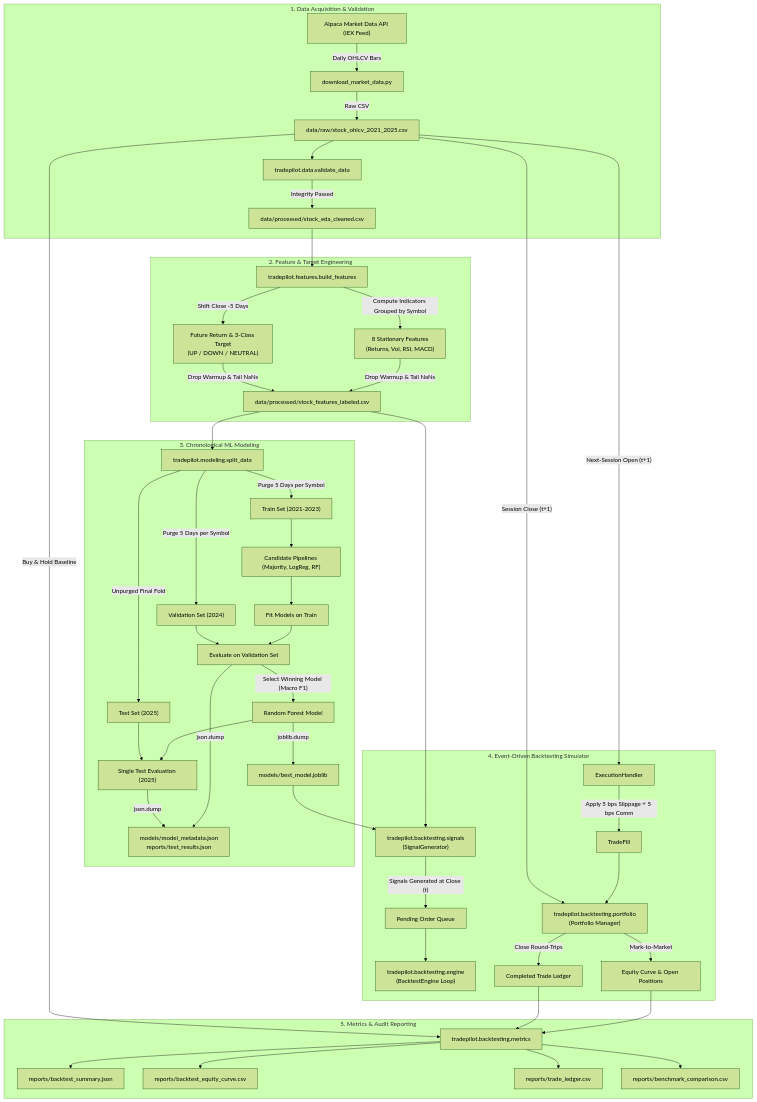
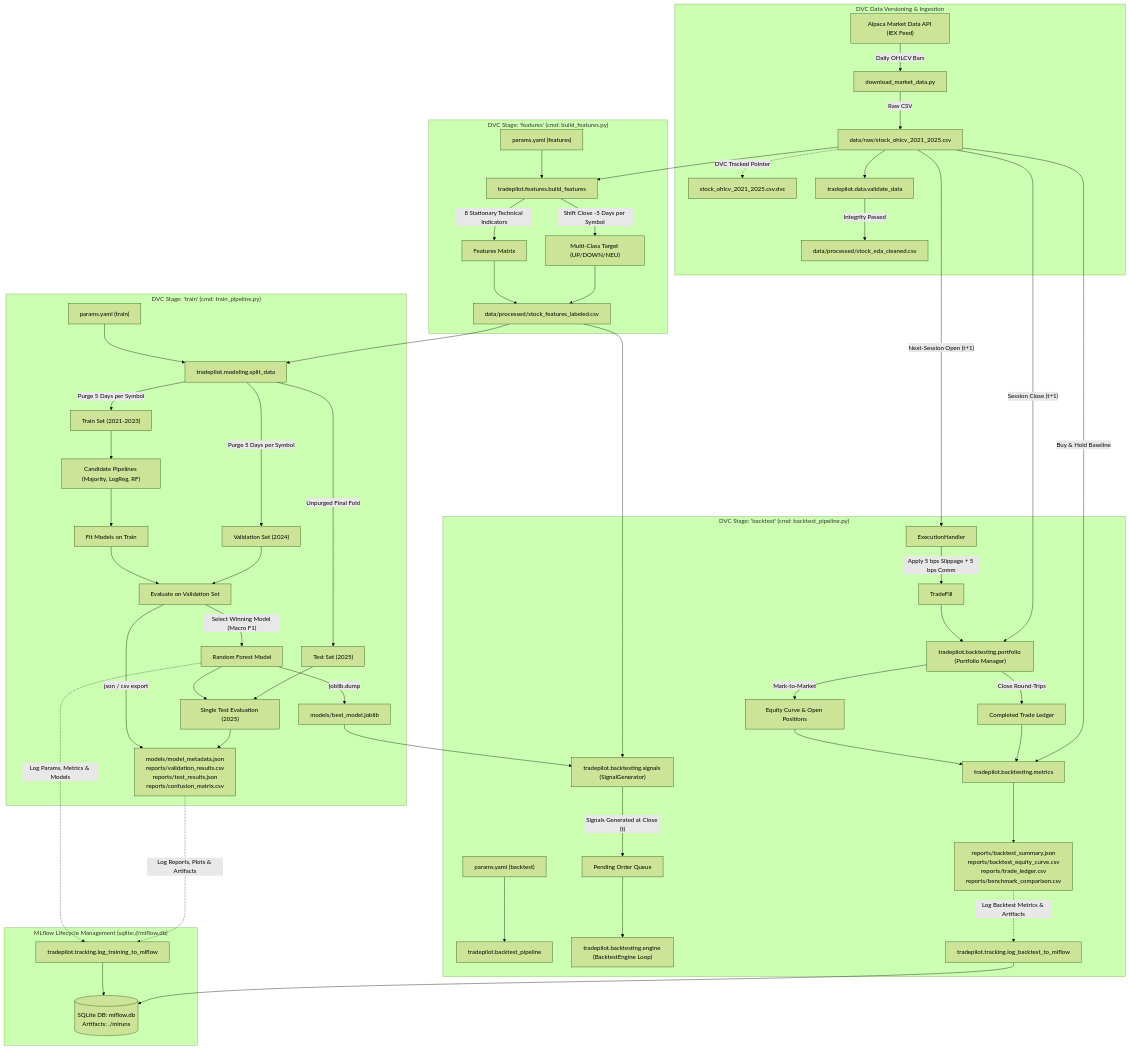
The diagram in docs/TradePilot_Technical_Documentation.md (LakshyaKSingh/NiveshAI), drawn with Mermaid (forest theme) before and after one commit. The commit also changed other lines of this file and 30 other files, not shown here.

````diff
--- a/docs/TradePilot_Technical_Documentation.md
+++ b/docs/TradePilot_Technical_Documentation.md
@@ -272,60 +292,67 @@
 ```mermaid
 flowchart TD
-    subgraph INGESTION ["1. Data Acquisition & Validation"]
+    subgraph DVC_DATA ["DVC Data Versioning & Ingestion"]
         A1["Alpaca Market Data API (IEX Feed)"] -->|"Daily OHLCV Bars"| A2["download_market_data.py"]
         A2 -->|"Raw CSV"| A3["data/raw/stock_ohlcv_2021_2025.csv"]
+        A3 -.->|"DVC Tracked Pointer"| A4["stock_ohlcv_2021_2025.csv.dvc"]
         A3 --> B1["tradepilot.data.validate_data"]
         B1 -->|"Integrity Passed"| B2["data/processed/stock_eda_cleaned.csv"]
     end
 
-    subgraph FEATURES ["2. Feature & Target Engineering"]
-        B2 --> C1["tradepilot.features.build_features"]
-        C1 -->|"Compute Indicators Grouped by Symbol"| C2["8 Stationary Features<br/>(Returns, Vol, RSI, MACD)"]
-        C1 -->|"Shift Close -5 Days"| C3["Future Return & 3-Class Target<br/>(UP / DOWN / NEUTRAL)"]
-        C2 -->|"Drop Warmup & Tail NaNs"| C4["data/processed/stock_features_labeled.csv"]
-        C3 -->|"Drop Warmup & Tail NaNs"| C4
+    subgraph DVC_STAGE_1 ["DVC Stage: 'features' (cmd: build_features.py)"]
+        P1["params.yaml (features)"] --> C1["tradepilot.features.build_features"]
+        A3 --> C1
+        C1 -->|"8 Stationary Technical Indicators"| C2["Features Matrix"]
+        C1 -->|"Shift Close -5 Days per Symbol"| C3["Multi-Class Target (UP/DOWN/NEU)"]
+        C2 --> C4["data/processed/stock_features_labeled.csv"]
+        C3 --> C4
     end
 
-    subgraph MODELING ["3. Chronological ML Modeling"]
-        C4 --> D1["tradepilot.modeling.split_data"]
+    subgraph DVC_STAGE_2 ["DVC Stage: 'train' (cmd: train_pipeline.py)"]
+        P2["params.yaml (train)"] --> D1["tradepilot.modeling.split_data"]
+        C4 --> D1
         D1 -->|"Purge 5 Days per Symbol"| D2["Train Set (2021-2023)"]
         D1 -->|"Purge 5 Days per Symbol"| D3["Validation Set (2024)"]
         D1 -->|"Unpurged Final Fold"| D4["Test Set (2025)"]
 
         D2 --> E1["Candidate Pipelines (Majority, LogReg, RF)"]
         E1 --> E2["Fit Models on Train"]
         E2 --> E3["Evaluate on Validation Set"]
         D3 --> E3
         E3 -->|"Select Winning Model (Macro F1)"| E4["Random Forest Model"]
         E4 --> E5["Single Test Evaluation (2025)"]
         D4 --> E5
         E4 -->|"joblib.dump"| E6["models/best_model.joblib"]
-        E3 -->|"json.dump"| E7["models/model_metadata.json<br/>reports/test_results.json"]
-        E5 -->|"json.dump"| E7
+        E3 -->|"json / csv export"| E7["models/model_metadata.json<br/>reports/validation_results.csv<br/>reports/test_results.json<br/>reports/confusion_matrix.csv"]
+        E5 --> E7
     end
 
-    subgraph BACKTESTING ["4. Event-Driven Backtesting Simulator"]
-        E6 --> F1["tradepilot.backtesting.signals<br/>(SignalGenerator)"]
+    subgraph MLFLOW_TRACKING ["MLflow Lifecycle Management (sqlite:///mlflow.db)"]
+        E4 -.->|"Log Params, Metrics & Models"| M1["tradepilot.tracking.log_training_to_mlflow"]
+        E7 -.->|"Log Reports, Plots & Artifacts"| M1
+        M1 --> M2[("SQLite DB: mlflow.db<br/>Artifacts: ./mlruns")]
+    end
+
+    subgraph DVC_STAGE_3 ["DVC Stage: 'backtest' (cmd: backtest_pipeline.py)"]
+        P3["params.yaml (backtest)"] --> F0["tradepilot.backtest_pipeline"]
+        E6 --> F1["tradepilot.backtesting.signals (SignalGenerator)"]
         C4 --> F1
         F1 -->|"Signals Generated at Close (t)"| F2["Pending Order Queue"]
 
-        F2 --> G1["tradepilot.backtesting.engine<br/>(BacktestEngine Loop)"]
+        F2 --> G1["tradepilot.backtesting.engine (BacktestEngine Loop)"]
         A3 -->|"Next-Session Open (t+1)"| G2["ExecutionHandler"]
         G2 -->|"Apply 5 bps Slippage + 5 bps Comm"| G3["TradeFill"]
 
-        G3 --> H1["tradepilot.backtesting.portfolio<br/>(Portfolio Manager)"]
+        G3 --> H1["tradepilot.backtesting.portfolio (Portfolio Manager)"]
         A3 -->|"Session Close (t+1)"| H1
         H1 -->|"Mark-to-Market"| H2["Equity Curve & Open Positions"]
         H1 -->|"Close Round-Trips"| H3["Completed Trade Ledger"]
-    end
 
-    subgraph REPORTING ["5. Metrics & Audit Reporting"]
         H2 --> I1["tradepilot.backtesting.metrics"]
         H3 --> I1
         A3 -->|"Buy & Hold Baseline"| I1
-        I1 --> J1["reports/backtest_summary.json"]
-        I1 --> J2["reports/backtest_equity_curve.csv"]
-        I1 --> J3["reports/trade_ledger.csv"]
-        I1 --> J4["reports/benchmark_comparison.csv"]
+        I1 --> J1["reports/backtest_summary.json<br/>reports/backtest_equity_curve.csv<br/>reports/trade_ledger.csv<br/>reports/benchmark_comparison.csv"]
+        J1 -.->|"Log Backtest Metrics & Artifacts"| M3["tradepilot.tracking.log_backtest_to_mlflow"]
+        M3 --> M2
     end
 ```
````
